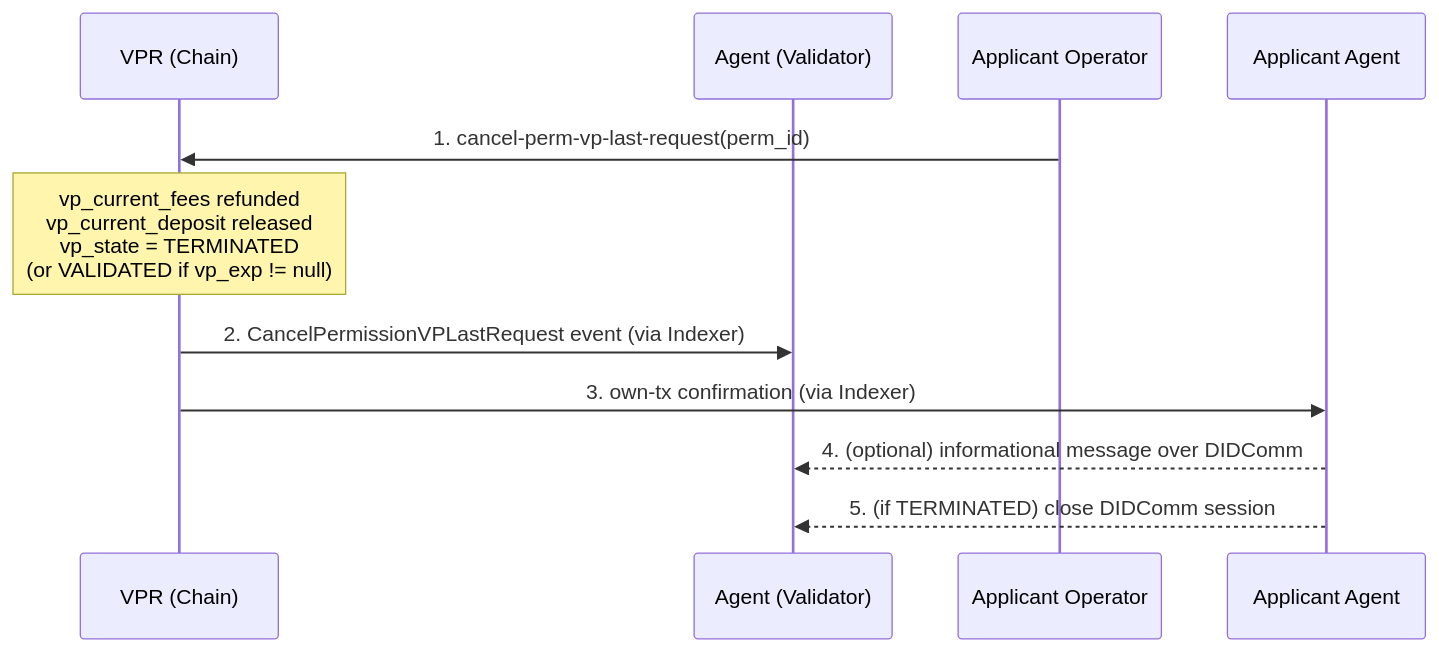
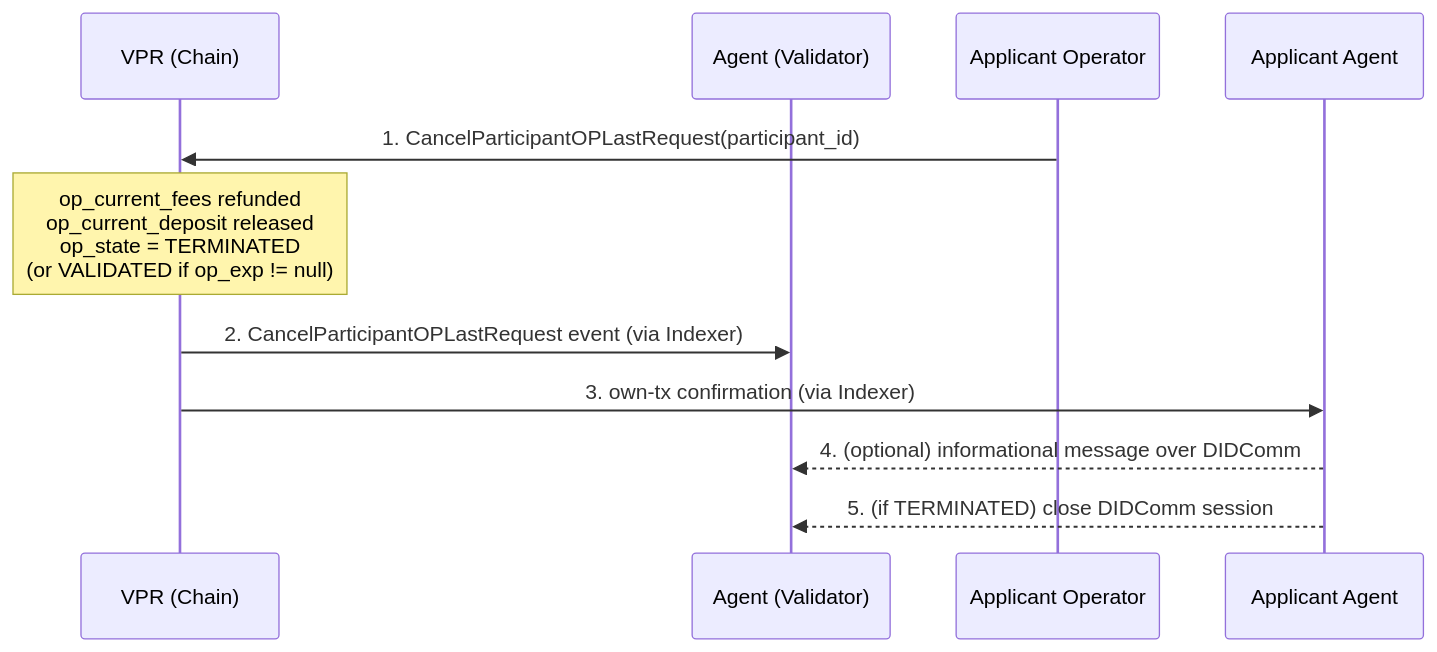
The sixth of 10 diagrams in v4/vs-agent/spec.md (verana-labs/verana-spec), drawn with Mermaid before and after one commit. The commit also changed other lines of this file and 3 other files, not shown here.

````diff
--- a/v4/vs-agent/spec.md
+++ b/v4/vs-agent/spec.md
@@ -441,12 +473,12 @@
 ```mermaid
 sequenceDiagram
     participant VPR as VPR (Chain)
     participant Validator as Agent (Validator)
 
-    Applicant Operator->>VPR: 1. cancel-perm-vp-last-request(perm_id)
-    Note over VPR: vp_current_fees refunded<br/>vp_current_deposit released<br/>vp_state = TERMINATED<br/>(or VALIDATED if vp_exp != null)
-    VPR->>Validator: 2. CancelPermissionVPLastRequest event (via Indexer)
+    Applicant Operator->>VPR: 1. CancelParticipantOPLastRequest(participant_id)
+    Note over VPR: op_current_fees refunded<br/>op_current_deposit released<br/>op_state = TERMINATED<br/>(or VALIDATED if op_exp != null)
+    VPR->>Validator: 2. CancelParticipantOPLastRequest event (via Indexer)
     VPR->>Applicant Agent: 3. own-tx confirmation (via Indexer)
     Applicant Agent-->>Validator: 4. (optional) informational message over DIDComm
     Applicant Agent-->>Validator: 5. (if TERMINATED) close DIDComm session
 ```
````
